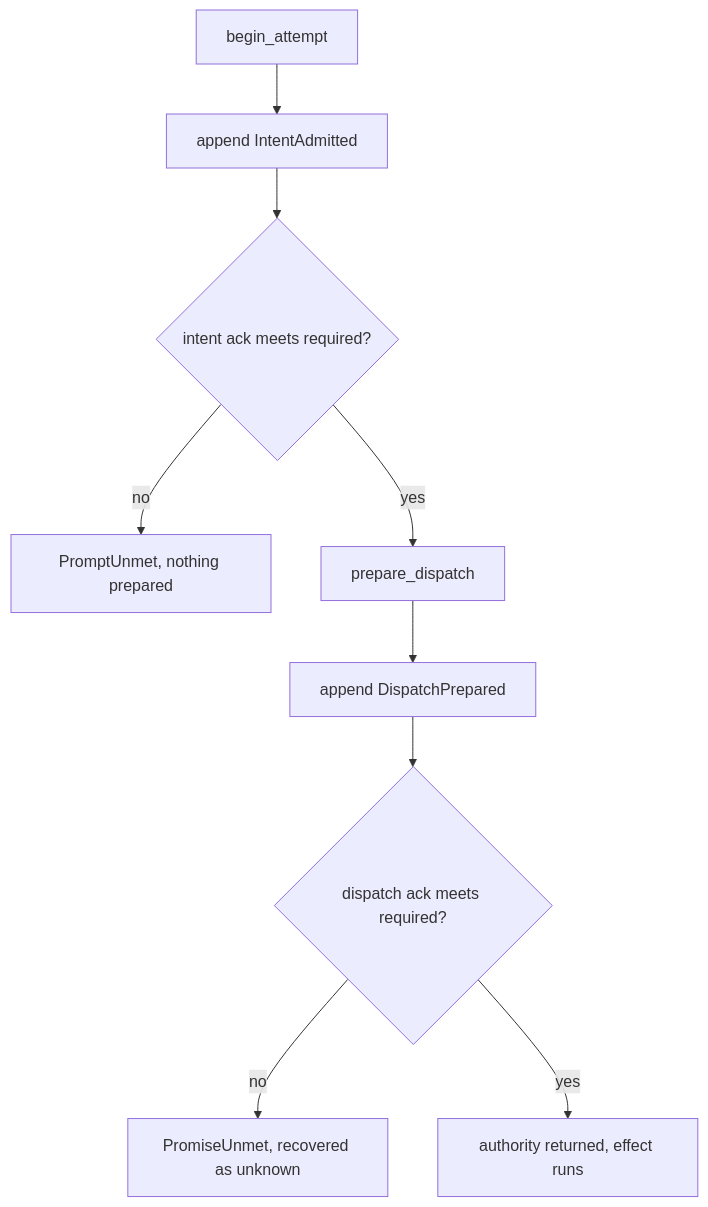
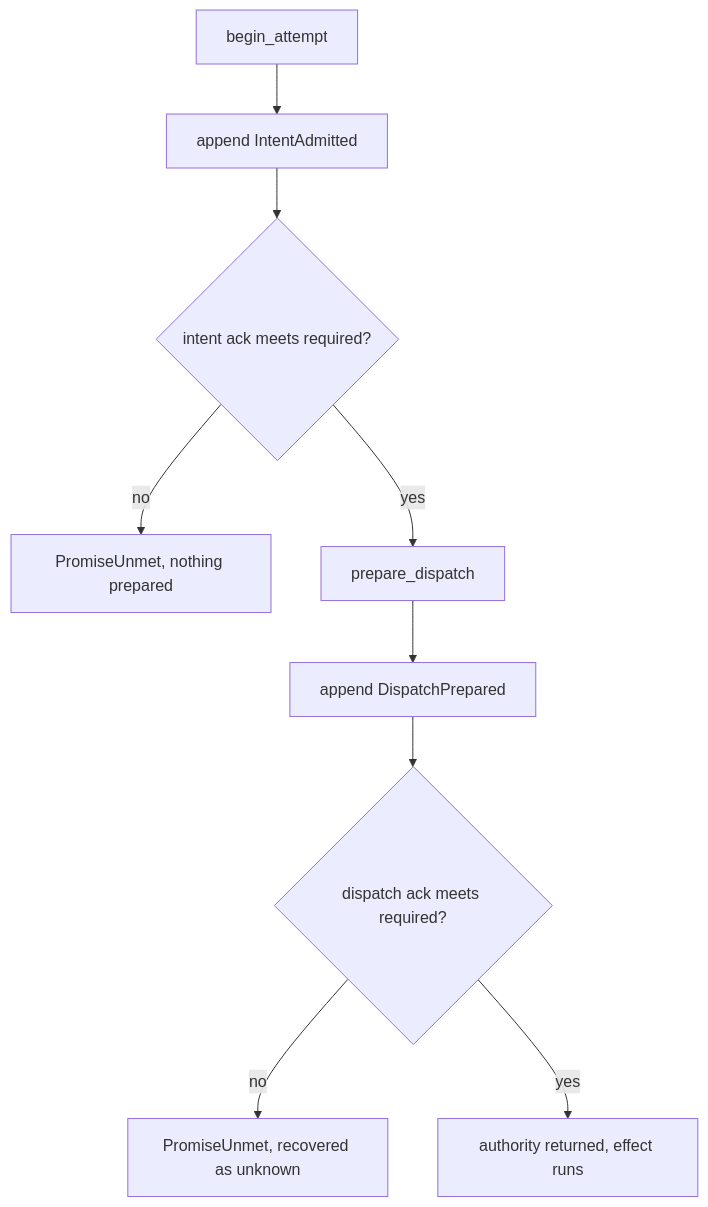
One commit to srinji-kaggss/logicalworks-crates changed the fourth of 5 diagrams in docs/effect-kernel.md. Above: the diagram before and after it, drawn with Mermaid. The commit also changed other lines of this file and 2 other files, not shown here.

````diff
--- a/docs/effect-kernel.md
+++ b/docs/effect-kernel.md
@@ -112,11 +113,11 @@
 ```mermaid
 flowchart TD
     A[begin_attempt] --> B[append IntentAdmitted]
     B --> C{intent ack meets required?}
-    C -->|no| D[PromptUnmet, nothing prepared]
+    C -->|no| D[PromiseUnmet, nothing prepared]
     C -->|yes| E[prepare_dispatch]
     E --> F[append DispatchPrepared]
     F --> G{dispatch ack meets required?}
     G -->|no| H[PromiseUnmet, recovered as unknown]
     G -->|yes| I[authority returned, effect runs]
 ```
````
